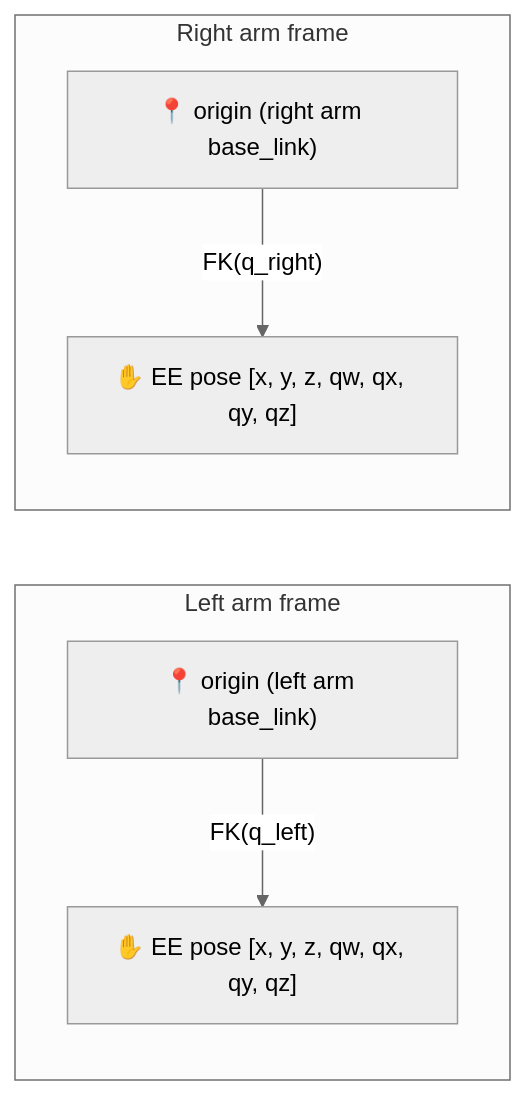
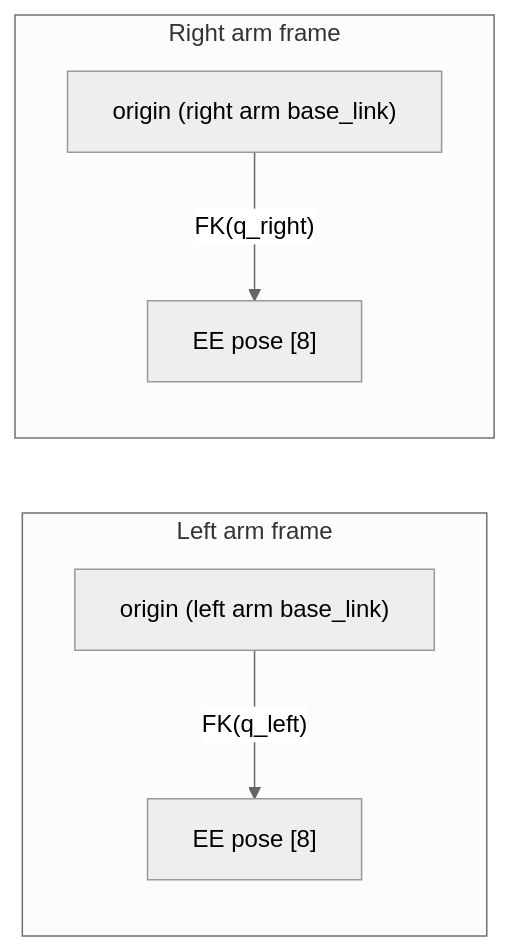
The second of 5 diagrams in tools/EE_CONVERSION.md (tiiuae/lerobot-edge), drawn with Mermaid (neutral theme) before and after one commit. The commit also changed other lines of this file, not shown here.

````diff
--- a/tools/EE_CONVERSION.md
+++ b/tools/EE_CONVERSION.md
@@ -89,12 +108,12 @@
 ```mermaid
 graph LR
     subgraph Left arm frame
-        LBASE2["📍 origin (left arm base_link)"]
-        LBASE2 -->|"FK(q_left)"| LEE2["✋ EE pose [x, y, z, qw, qx, qy, qz]"]
+        LBASE2["origin (left arm base_link)"]
+        LBASE2 -->|"FK(q_left)"| LEE2["EE pose [8]"]
     end
 
     subgraph Right arm frame
-        RBASE2["📍 origin (right arm base_link)"]
-        RBASE2 -->|"FK(q_right)"| REE2["✋ EE pose [x, y, z, qw, qx, qy, qz]"]
+        RBASE2["origin (right arm base_link)"]
+        RBASE2 -->|"FK(q_right)"| REE2["EE pose [8]"]
     end
 ```
````
